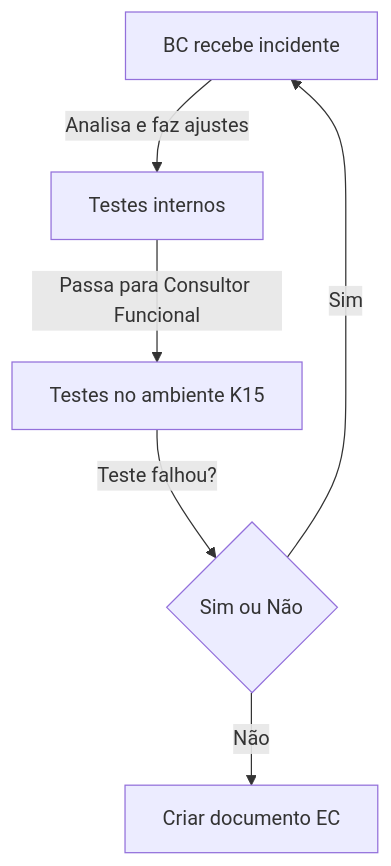
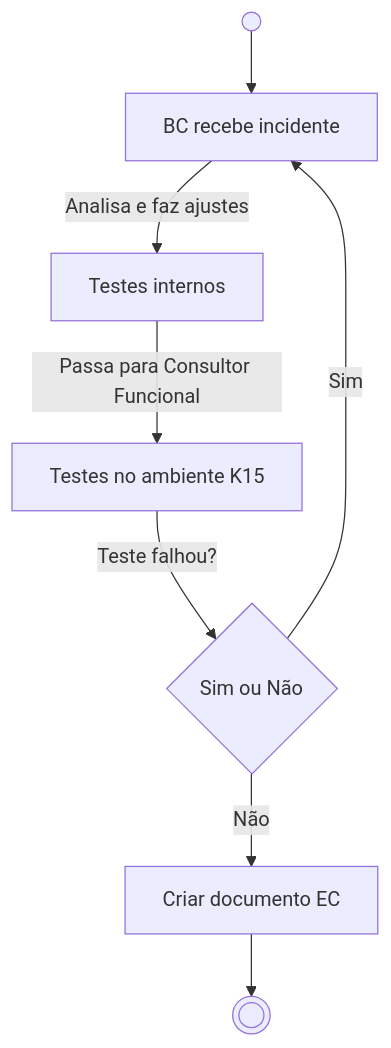
The second of 3 diagrams in doc/doc.md (edmilson-nascimento/Quermesse), drawn with Mermaid before and after one commit. The commit also changed other lines of this file, not shown here.

````diff
--- a/doc/doc.md
+++ b/doc/doc.md
@@ -42,8 +48,8 @@
 ```mermaid
 graph TD;
-  A[BC recebe incidente] -->|Analisa e faz ajustes| B[Testes internos]
+  Begin((" ")):::startClass --> A[BC recebe incidente] -->|Analisa e faz ajustes| B[Testes internos]
   B -->|Passa para Consultor Funcional| C[Testes no ambiente K15]
   C -->|Teste falhou?| D{Sim ou Não}
   D -->|Sim| A
-  D -->|Não| E[Criar documento EC]
+  D -->|Não| E[Criar documento EC] --> End(((" "))):::endClass
 ```
````
